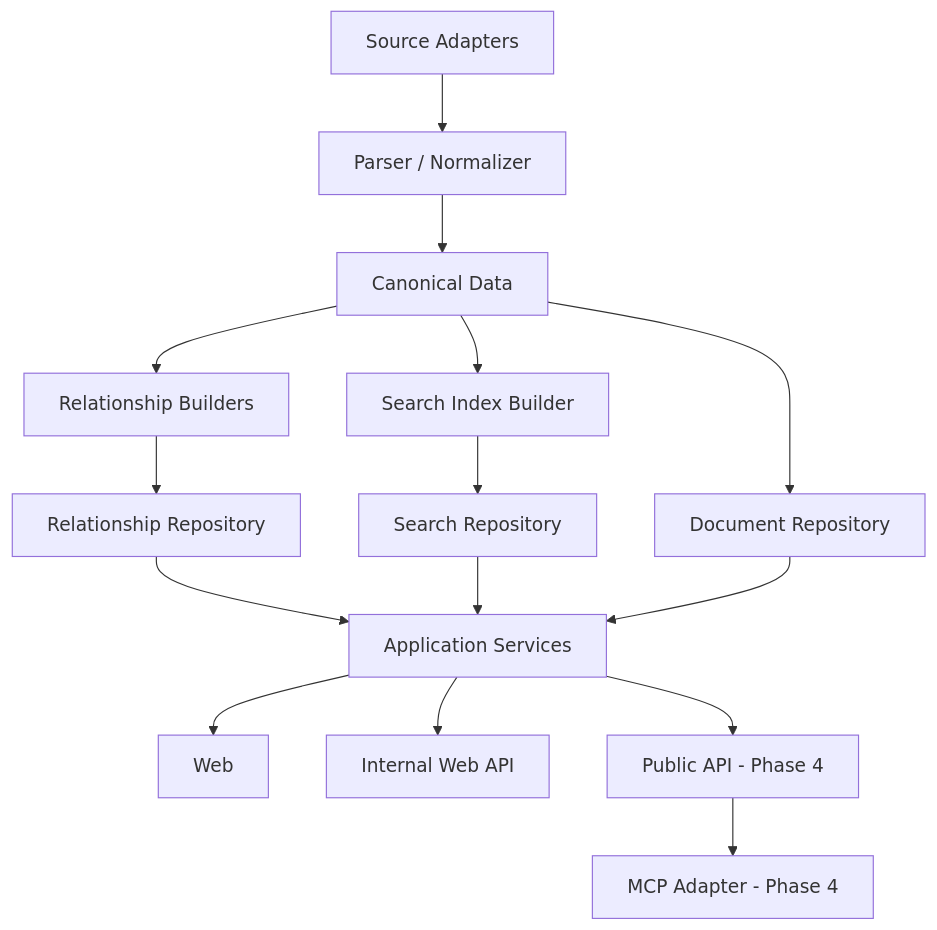
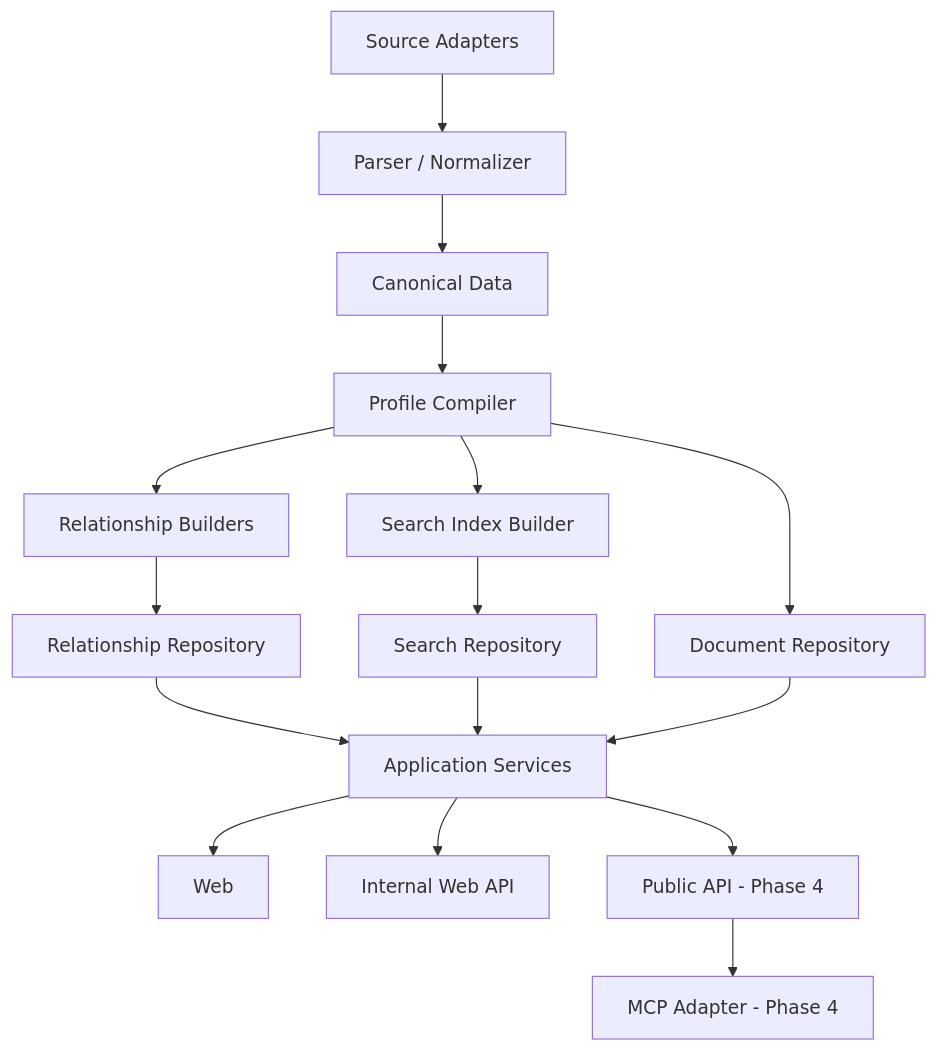
The second of 2 diagrams in docs/regulatory_knowledge_platform_technical_architecture.md (liyouqi/regulatory-knowledge-platform), drawn with Mermaid before and after one commit. The commit also changed other lines of this file and 4 other files, not shown here.

````diff
--- a/docs/regulatory_knowledge_platform_technical_architecture.md
+++ b/docs/regulatory_knowledge_platform_technical_architecture.md
@@ -117,17 +122,18 @@
 ```mermaid
 flowchart TD
     A[Source Adapters] --> B[Parser / Normalizer]
     B --> C[Canonical Data]
-    C --> D[Relationship Builders]
-    C --> E[Search Index Builder]
+    C --> P[Profile Compiler]
+    P --> D[Relationship Builders]
+    P --> E[Search Index Builder]
     D --> F[Relationship Repository]
     E --> G[Search Repository]
-    C --> H[Document Repository]
+    P --> H[Document Repository]
     F --> I[Application Services]
     G --> I
     H --> I
     I --> J[Web]
     I --> K[Internal Web API]
-    I --> P[Public API - Phase 4]
-    P --> L[MCP Adapter - Phase 4]
+    I --> PA[Public API - Phase 4]
+    PA --> L[MCP Adapter - Phase 4]
 ```
````
